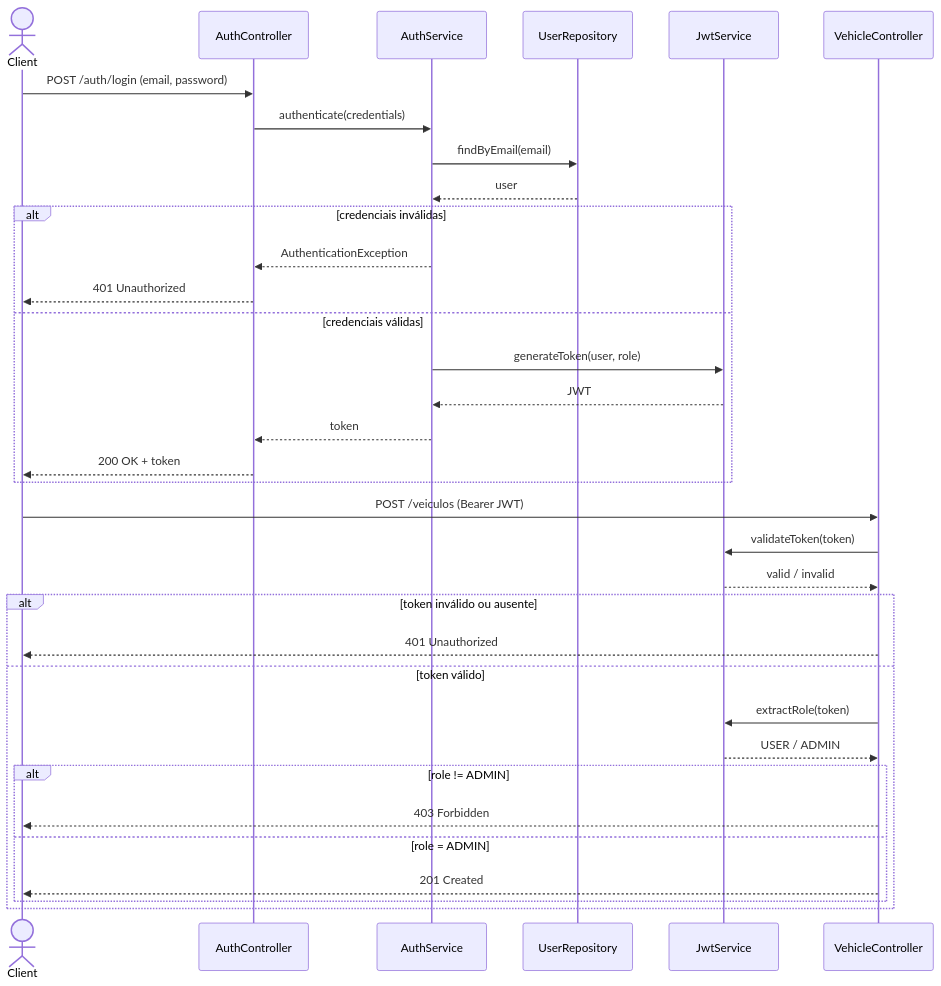
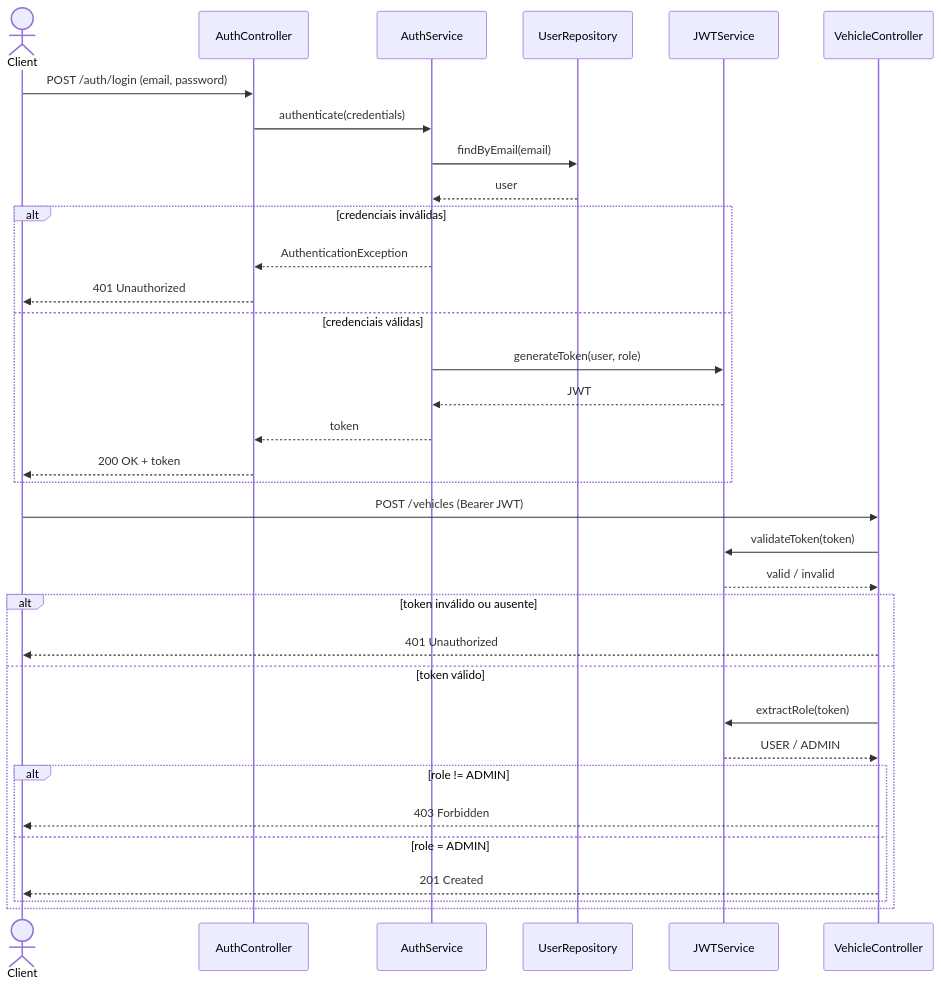
Before and after one commit to guvitorino/api-veiculos: the third of 3 diagrams in README.md, drawn with Mermaid. The commit also changed other lines of this file, not shown here.

````diff
--- a/README.md
+++ b/README.md
@@ -60,41 +128,41 @@
 ```mermaid
 sequenceDiagram
     actor Client
     participant AuthController
     participant AuthService
     participant UserRepository
-    participant JwtService
+    participant JWTService
     participant VehicleController
 
     Client->>AuthController: POST /auth/login (email, password)
     AuthController->>AuthService: authenticate(credentials)
     AuthService->>UserRepository: findByEmail(email)
     UserRepository-->>AuthService: user
 
     alt credenciais inválidas
         AuthService-->>AuthController: AuthenticationException
         AuthController-->>Client: 401 Unauthorized
     else credenciais válidas
-        AuthService->>JwtService: generateToken(user, role)
-        JwtService-->>AuthService: JWT
+        AuthService->>JWTService: generateToken(user, role)
+        JWTService-->>AuthService: JWT
         AuthService-->>AuthController: token
         AuthController-->>Client: 200 OK + token
     end
 
-    Client->>VehicleController: POST /veiculos (Bearer JWT)
-    VehicleController->>JwtService: validateToken(token)
-    JwtService-->>VehicleController: valid / invalid
+    Client->>VehicleController: POST /vehicles (Bearer JWT)
+    VehicleController->>JWTService: validateToken(token)
+    JWTService-->>VehicleController: valid / invalid
 
     alt token inválido ou ausente
         VehicleController-->>Client: 401 Unauthorized
     else token válido
-        VehicleController->>JwtService: extractRole(token)
-        JwtService-->>VehicleController: USER / ADMIN
+        VehicleController->>JWTService: extractRole(token)
+        JWTService-->>VehicleController: USER / ADMIN
 
         alt role != ADMIN
             VehicleController-->>Client: 403 Forbidden
         else role = ADMIN
             VehicleController-->>Client: 201 Created
         end
     end
 ```
````
